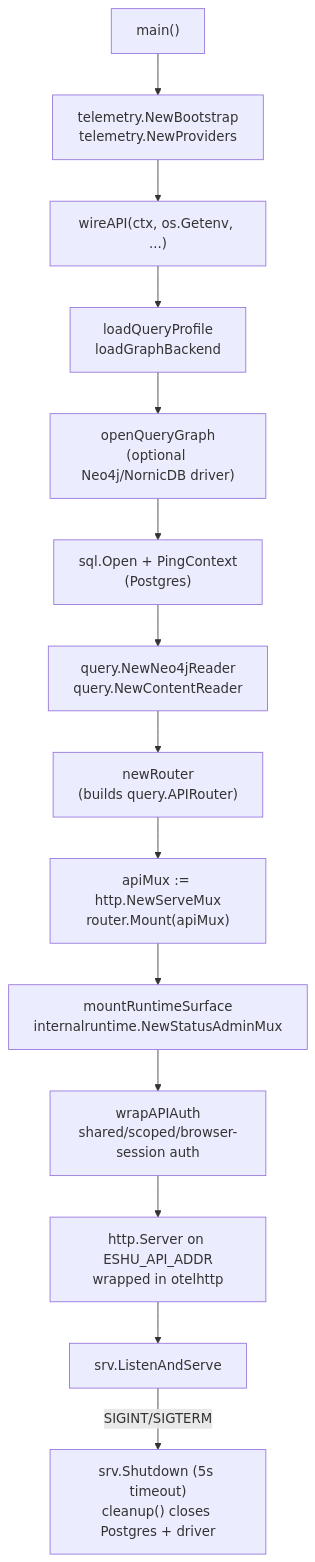
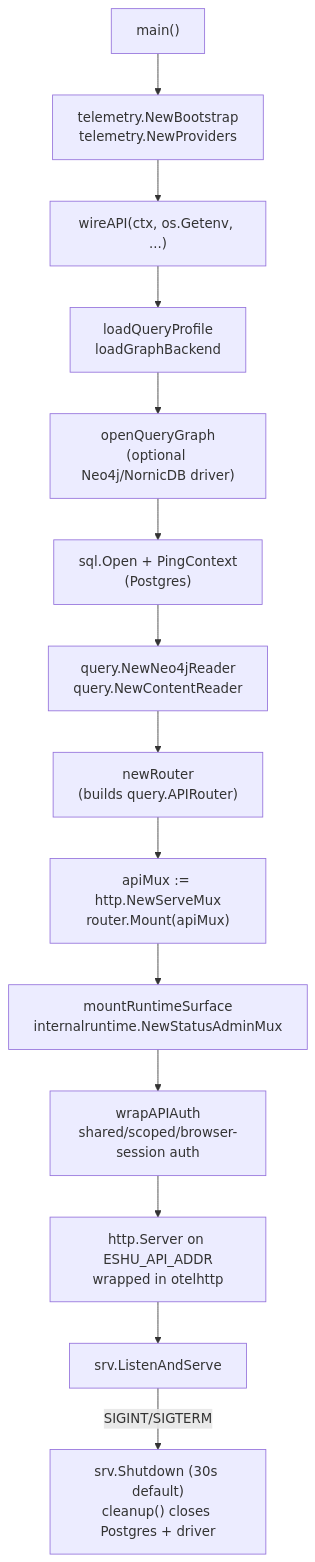
One commit to eshu-hq/eshu changed the second of 2 diagrams in go/cmd/api/README.md. Above: the diagram before and after it, drawn with Mermaid. The commit also changed other lines of this file and 14 other files, not shown here.

````diff
--- a/go/cmd/api/README.md
+++ b/go/cmd/api/README.md
@@ -27,16 +27,16 @@
 ```mermaid
 flowchart TB
   A["main()"] --> B["telemetry.NewBootstrap\ntelemetry.NewProviders"]
   B --> C["wireAPI(ctx, os.Getenv, ...)"]
   C --> D["loadQueryProfile\nloadGraphBackend"]
   D --> E["openQueryGraph\n(optional Neo4j/NornicDB driver)"]
   E --> F["sql.Open + PingContext\n(Postgres)"]
   F --> G["query.NewNeo4jReader\nquery.NewContentReader"]
   G --> H["newRouter\n(builds query.APIRouter)"]
   H --> I["apiMux := http.NewServeMux\nrouter.Mount(apiMux)"]
   I --> J["mountRuntimeSurface\ninternalruntime.NewStatusAdminMux"]
   J --> K["wrapAPIAuth\nshared/scoped/browser-session auth"]
   K --> L["http.Server on ESHU_API_ADDR\nwrapped in otelhttp"]
   L --> M["srv.ListenAndServe"]
-  M -- SIGINT/SIGTERM --> N["srv.Shutdown (5s timeout)\ncleanup() closes Postgres + driver"]
+  M -- SIGINT/SIGTERM --> N["srv.Shutdown (30s default)\ncleanup() closes Postgres + driver"]
 ```
````
